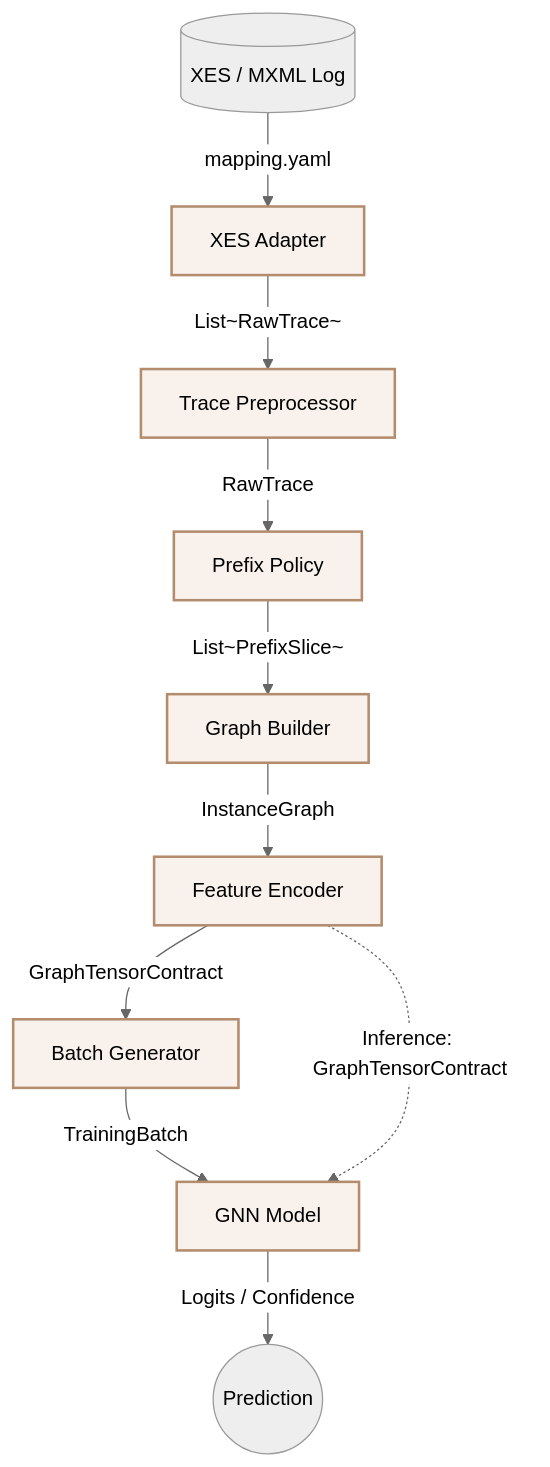
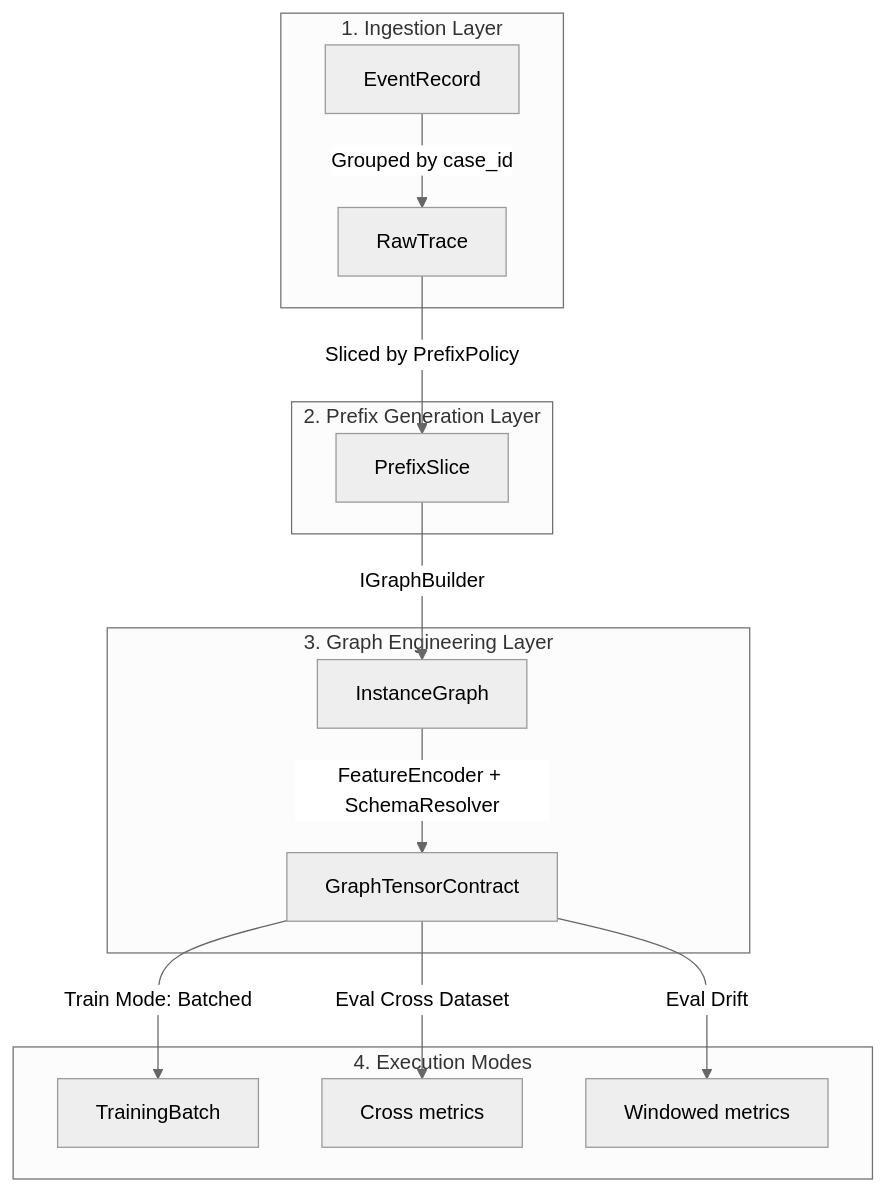
One commit to ghsrg/bpm_prediction changed the second of 3 diagrams in DATA_FLOWS_MVP1.MD. Above: the diagram before and after it, drawn with Mermaid (neutral theme). The commit also changed other lines of this file and 20 other files, not shown here.

Commit message:
docs: restore key mermaid schemas in architecture, flows, and data model

````diff
--- a/DATA_FLOWS_MVP1.MD
+++ b/DATA_FLOWS_MVP1.MD
@@ -13,31 +36,21 @@
 ```mermaid
 flowchart TD
-    %% External
-    Log[(XES / MXML Log)]
-    
-    %% Services (Nodes)
-    Adapter[XES Adapter]
-    Preproc[Trace Preprocessor]
-    Policy[Prefix Policy]
-    Builder[Graph Builder]
-    Encoder[Feature Encoder]
-    Batcher[Batch Generator]
-    Model[GNN Model]
+    subgraph 1. Ingestion Layer
+        ER[EventRecord] -->|Grouped by case_id| RT[RawTrace]
+    end
 
-    %% Flow (Arrows as Data)
-    Log -->|mapping.yaml| Adapter
-    Adapter -->|List~RawTrace~| Preproc
-    Preproc -->|RawTrace| Policy
-    Policy -->|List~PrefixSlice~| Builder
-    Builder -->|InstanceGraph| Encoder
-    
-    %% Divergence: Train vs Inference
-    Encoder -->|GraphTensorContract| Batcher
-    Batcher -->|TrainingBatch| Model
-    
-    Encoder -.->|Inference: GraphTensorContract| Model
-    Model -->|Logits / Confidence| Output((Prediction))
-    
-    classDef service fill:#f9f2ec,stroke:#b38b6d,stroke-width:2px;
-    class Adapter,Preproc,Policy,Builder,Encoder,Batcher,Model service;
+    subgraph 2. Prefix Generation Layer
+        RT -->|Sliced by PrefixPolicy| PS[PrefixSlice]
+    end
+
+    subgraph 3. Graph Engineering Layer
+        PS -->|IGraphBuilder| IG[InstanceGraph]
+        IG -->|FeatureEncoder + SchemaResolver| GTC[GraphTensorContract]
+    end
+
+    subgraph 4. Execution Modes
+        GTC -->|Train Mode: Batched| TB[TrainingBatch]
+        GTC -->|Eval Cross Dataset| EC[Cross metrics]
+        GTC -->|Eval Drift| DW[Windowed metrics]
+    end
 ```
````
